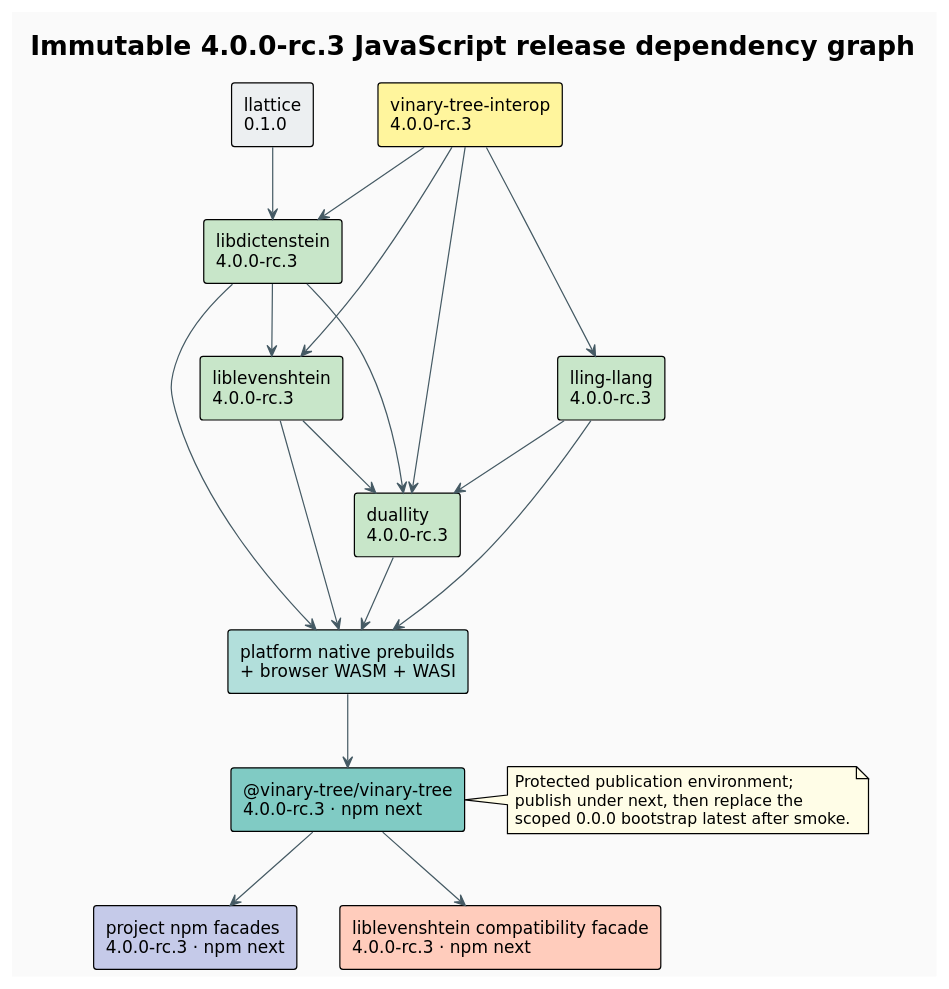
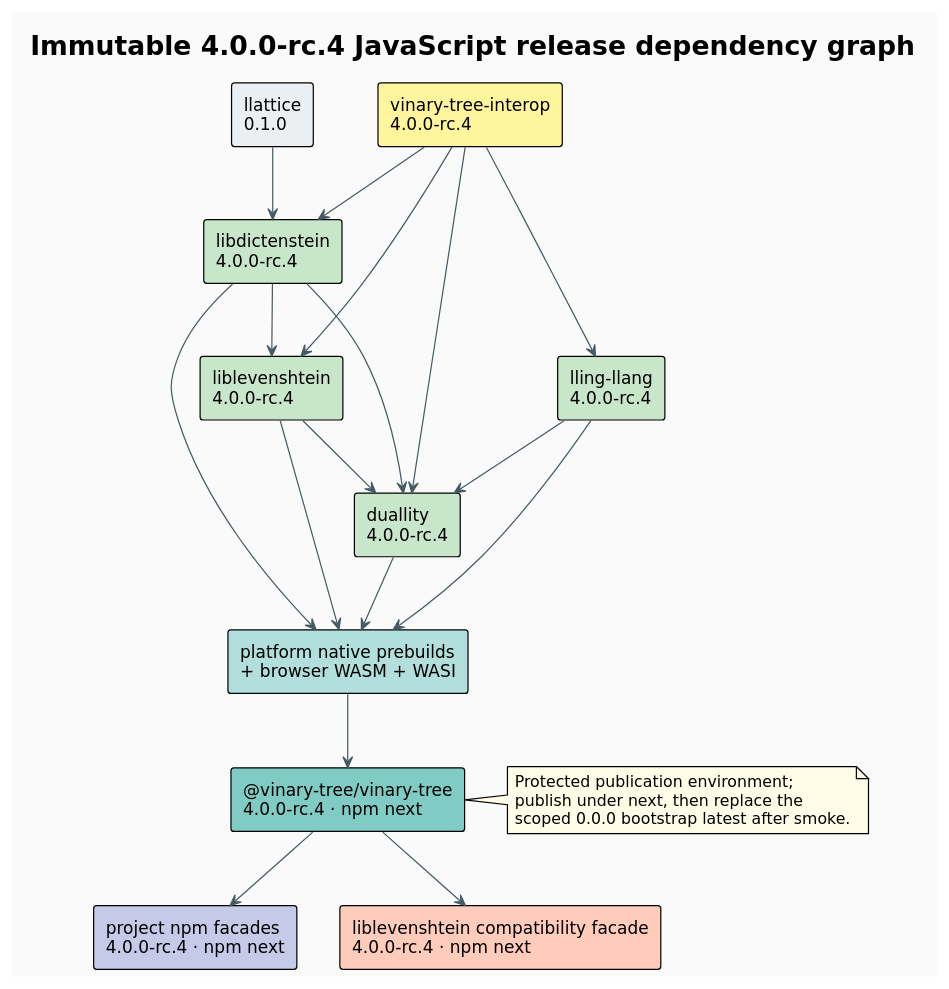
The diagram in docs/diagrams/release-dependency-graph.puml (vinary-tree/javascript-runtime), drawn with PlantUML before and after one commit. The commit also changed 13 other files, not shown here.

First line of the commit message:
release: make the shared JavaScript runtime reproducibly build RC.4

```diff
--- a/docs/diagrams/release-dependency-graph.puml
+++ b/docs/diagrams/release-dependency-graph.puml
@@ -1,42 +1,42 @@
 @startuml
 !theme plain
 skinparam backgroundColor #FAFAFA
 skinparam shadowing false
 skinparam ArrowColor #455A64
 skinparam defaultFontName DejaVu Sans
-title Immutable 4.0.0-rc.3 JavaScript release dependency graph
+title Immutable 4.0.0-rc.4 JavaScript release dependency graph
 
 rectangle "llattice\n0.1.0" as lattice #ECEFF1
-rectangle "vinary-tree-interop\n4.0.0-rc.3" as interop #FFF59D
-rectangle "libdictenstein\n4.0.0-rc.3" as dict #C8E6C9
-rectangle "liblevenshtein\n4.0.0-rc.3" as lev #C8E6C9
-rectangle "lling-llang\n4.0.0-rc.3" as lling #C8E6C9
-rectangle "duallity\n4.0.0-rc.3" as dual #C8E6C9
+rectangle "vinary-tree-interop\n4.0.0-rc.4" as interop #FFF59D
+rectangle "libdictenstein\n4.0.0-rc.4" as dict #C8E6C9
+rectangle "liblevenshtein\n4.0.0-rc.4" as lev #C8E6C9
+rectangle "lling-llang\n4.0.0-rc.4" as lling #C8E6C9
+rectangle "duallity\n4.0.0-rc.4" as dual #C8E6C9
 rectangle "platform native prebuilds\n+ browser WASM + WASI" as artifacts #B2DFDB
-rectangle "@vinary-tree/vinary-tree\n4.0.0-rc.3 · npm next" as runtime #80CBC4
-rectangle "project npm facades\n4.0.0-rc.3 · npm next" as facades #C5CAE9
-rectangle "liblevenshtein compatibility facade\n4.0.0-rc.3 · npm next" as legacy #FFCCBC
+rectangle "@vinary-tree/vinary-tree\n4.0.0-rc.4 · npm next" as runtime #80CBC4
+rectangle "project npm facades\n4.0.0-rc.4 · npm next" as facades #C5CAE9
+rectangle "liblevenshtein compatibility facade\n4.0.0-rc.4 · npm next" as legacy #FFCCBC
 
 lattice --> dict
 interop --> dict
 interop --> lev
 interop --> lling
 interop --> dual
 dict --> lev
 dict --> dual
 lev --> dual
 lling --> dual
 dict --> artifacts
 lev --> artifacts
 lling --> artifacts
 dual --> artifacts
 artifacts --> runtime
 runtime --> facades
 runtime --> legacy
 
 note right of runtime #FFFDE7
   Protected publication environment;
   publish under next, then replace the
   scoped 0.0.0 bootstrap latest after smoke.
 end note
 @enduml
```
